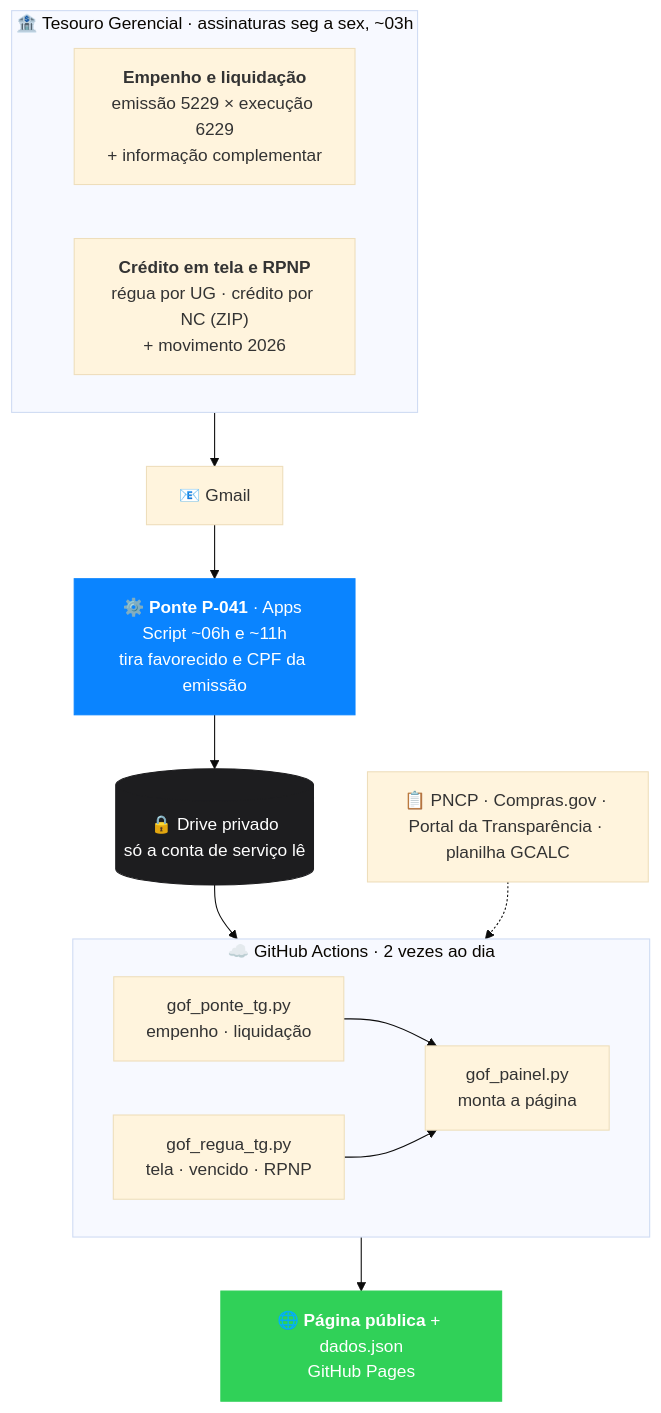
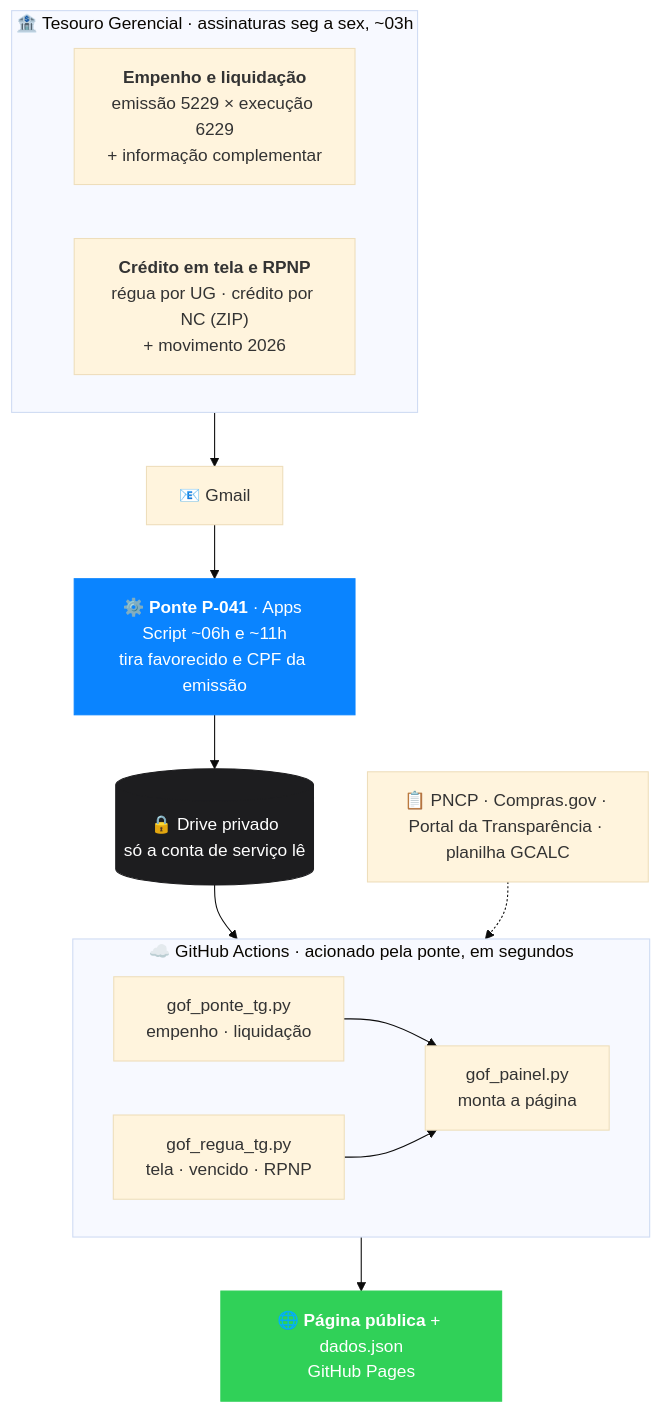
Before and after one commit to marcelosaldanha-1978/painel-gof-baaplog: the second of 6 diagrams in README.md, drawn with Mermaid (base theme). The commit also changed other lines of this file and 2 other files, not shown here.

Commit message:
docs: montagem acionada pela ponte por evento (~06h) e excecao a D14 (token de disparo no Apps Script, ate 04/01/2027)

````diff
--- a/README.md
+++ b/README.md
@@ -93,20 +93,20 @@
 ```mermaid
 flowchart TB
     subgraph TG["🏦 Tesouro Gerencial · assinaturas seg a sex, ~03h"]
       direction LR
       A1["<b>Empenho e liquidação</b><br/>emissão 5229 × execução 6229<br/>+ informação complementar"]
       A2["<b>Crédito em tela e RPNP</b><br/>régua por UG · crédito por NC (ZIP)<br/>+ movimento 2026"]
     end
     TG --> G["📧 Gmail"] --> P["⚙️ <b>Ponte P-041</b> · Apps Script ~06h e ~11h<br/>tira favorecido e CPF da emissão"] --> D[("🔒 Drive privado<br/>só a conta de serviço lê")]
     D --> GA
-    subgraph GA["☁️ GitHub Actions · 2 vezes ao dia"]
+    subgraph GA["☁️ GitHub Actions · acionado pela ponte, em segundos"]
       direction LR
       M1["gof_ponte_tg.py<br/>empenho · liquidação"] --> M3["gof_painel.py<br/>monta a página"]
       M2["gof_regua_tg.py<br/>tela · vencido · RPNP"] --> M3
     end
     O["📋 PNCP · Compras.gov · Portal da Transparência · planilha GCALC"] -.-> GA
     GA --> X["🌐 <b>Página pública</b> + dados.json<br/>GitHub Pages"]
     style P fill:#0a84ff,color:#fff,stroke:#0a84ff
     style D fill:#1d1d1f,color:#fff,stroke:#1d1d1f
     style X fill:#30d158,color:#fff,stroke:#30d158
 ```
````
